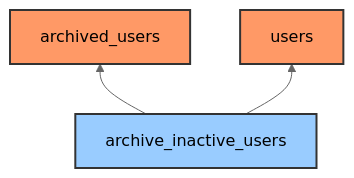
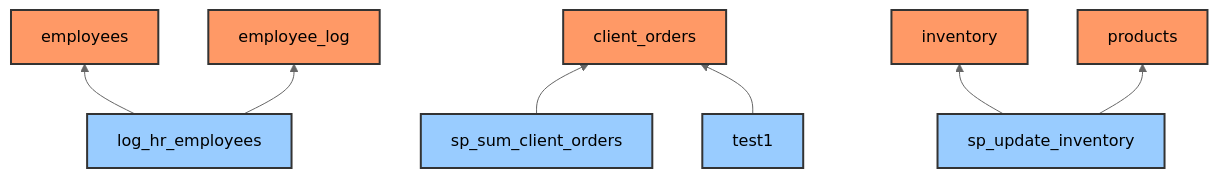
One commit to 25Jayesh10/Data_Lineage_Analyzer changed the diagram in diagrams/lineage.md. Above: the diagram before and after it, drawn with Mermaid (neutral theme). The commit also changed 16 other files, not shown here.

Commit message:
added backward index generation and validation schema for index

````diff
--- a/diagrams/lineage.md
+++ b/diagrams/lineage.md
@@ -1,10 +1,14 @@
 ```mermaid
 graph BT
     %% Node styles
     classDef table fill:#f96,stroke:#333,stroke-width:2px,color:#000;
     classDef stored_proc fill:#9cf,stroke:#333,stroke-width:2px ,color:#000;
-    archive_inactive_users --> archived_users
-    archive_inactive_users --> users
-    class archived_users,users table;
-    class archive_inactive_users stored_proc;
+    log_hr_employees --> employees
+    log_hr_employees --> employee_log
+    sp_sum_client_orders --> client_orders
+    test1 --> client_orders
+    sp_update_inventory --> inventory
+    sp_update_inventory --> products
+    class products,employees,inventory,employee_log,client_orders table;
+    class log_hr_employees,test1,sp_update_inventory,sp_sum_client_orders stored_proc;
 ```
````
